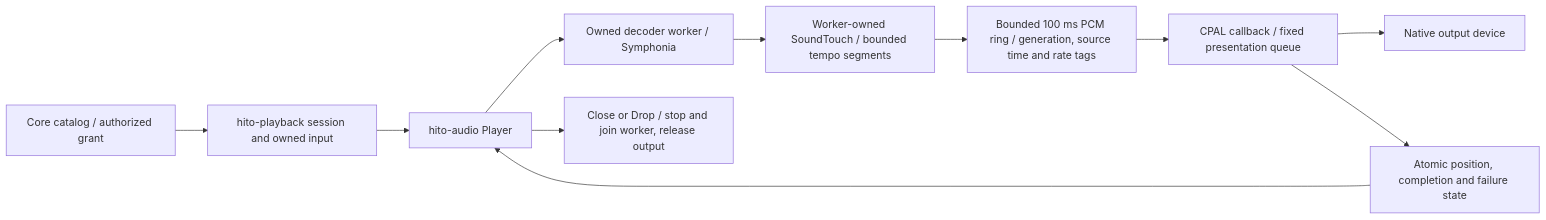
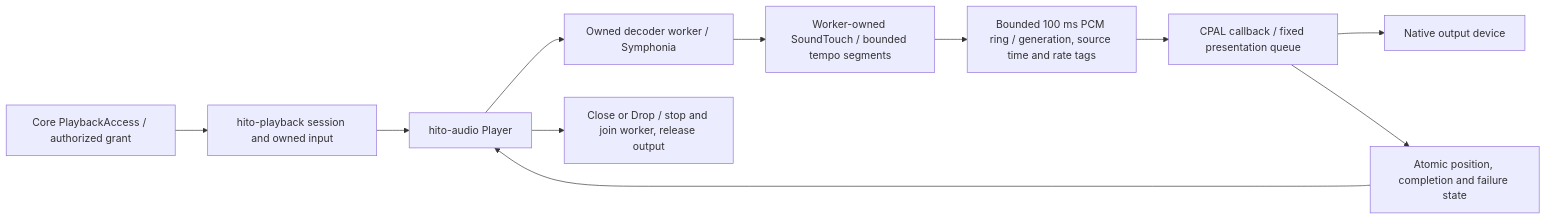
Before and after one commit to acidiney/hitoapp: the first of 3 diagrams in docs/native-audio.md, drawn with Mermaid. The commit also changed other lines of this file and 6 other files, not shown here.

Commit message:
Point remaining docs at PlaybackAccess, mark RFC 0002 done and state the remaining coupling

````diff
--- a/docs/native-audio.md
+++ b/docs/native-audio.md
@@ -9,13 +9,13 @@
 ```mermaid
 flowchart LR
-  Catalog[Core catalog / authorized grant] --> Session[hito-playback session and owned input]
+  Access[Core PlaybackAccess / authorized grant] --> Session[hito-playback session and owned input]
   Session --> Player[hito-audio Player]
   Player --> Decoder[Owned decoder worker / Symphonia]
   Decoder --> Tempo[Worker-owned SoundTouch / bounded tempo segments]
   Tempo --> PCM[Bounded 100 ms PCM ring / generation, source time and rate tags]
   PCM --> Render[CPAL callback / fixed presentation queue]
   Render --> Device[Native output device]
   Render --> State[Atomic position, completion and failure state]
   State --> Player
   Player --> Join[Close or Drop / stop and join worker, release output]
 ```
````
